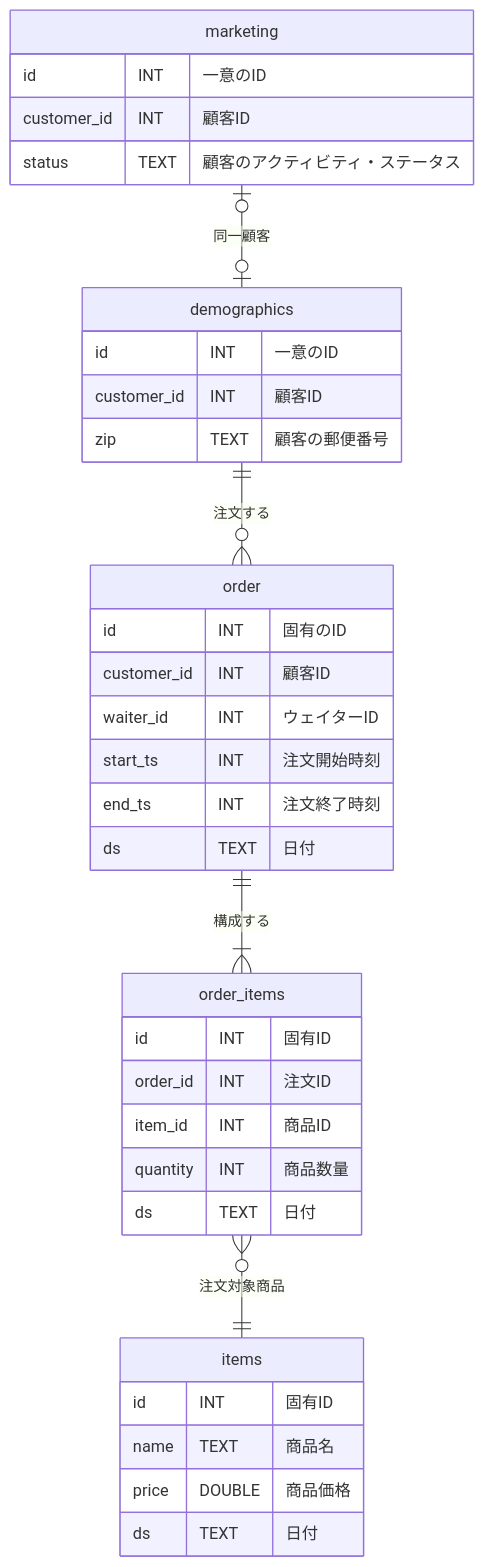
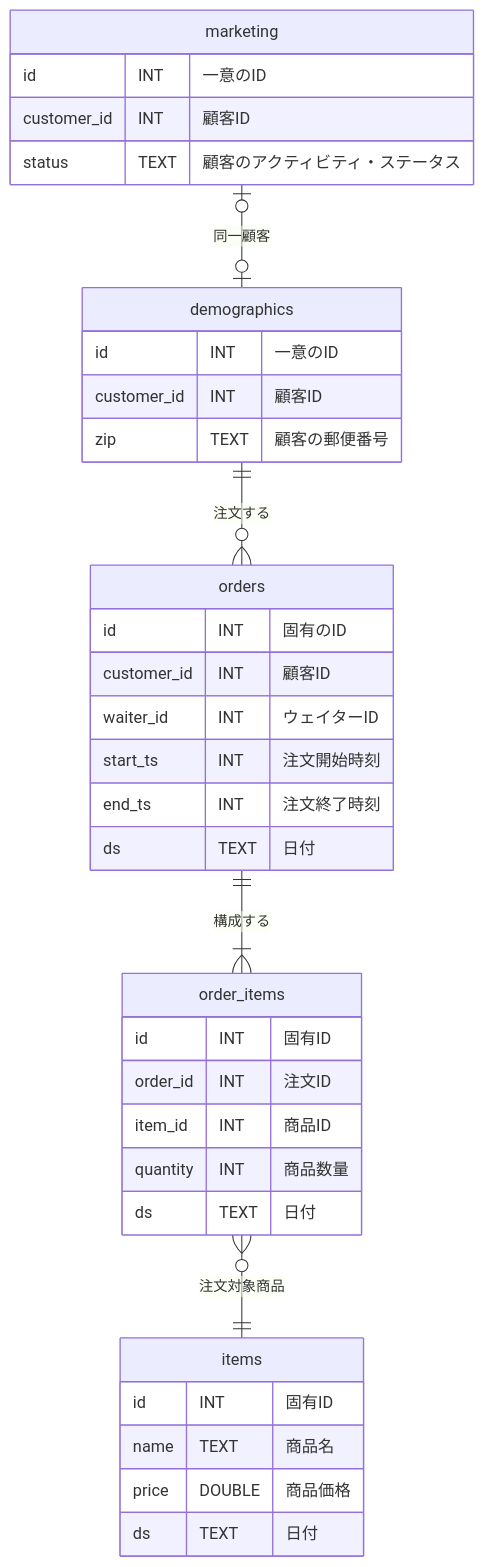
The first of 2 diagrams in articles/8752f660373534.md (take0a/zenn-docs), drawn with Mermaid before and after one commit. The commit also changed other lines of this file, not shown here.

````diff
--- a/articles/8752f660373534.md
+++ b/articles/8752f660373534.md
@@ -24,38 +25,38 @@
 ```mermaid
 erDiagram
     marketing |o--o| demographics : "同一顧客"
-    demographics ||--o{ order : "注文する"
-    order ||--|{ order_items : "構成する"
+    demographics ||--o{ orders: "注文する"
+    orders||--|{ order_items : "構成する"
     order_items }o--|| items : "注文対象商品"
     marketing {
         id INT "一意のID"
         customer_id INT "顧客ID"
         status TEXT "顧客のアクティビティ・ステータス"
     }
     demographics {
         id INT "一意のID"
         customer_id INT "顧客ID"
         zip TEXT "顧客の郵便番号"
     }
-    order {
+    orders{
         id INT "固有のID"
         customer_id INT "顧客ID"
         waiter_id INT "ウェイターID"
         start_ts INT "注文開始時刻"
         end_ts INT "注文終了時刻"
         ds TEXT "日付"
     }
     order_items {
         id INT "固有ID"
         order_id INT "注文ID"
         item_id INT "商品ID"
         quantity INT "商品数量"
         ds TEXT "日付"
     }
     items {
         id INT "固有ID"
         name TEXT "商品名"
         price DOUBLE "商品価格"
         ds TEXT "日付"
     }
 ```
````
